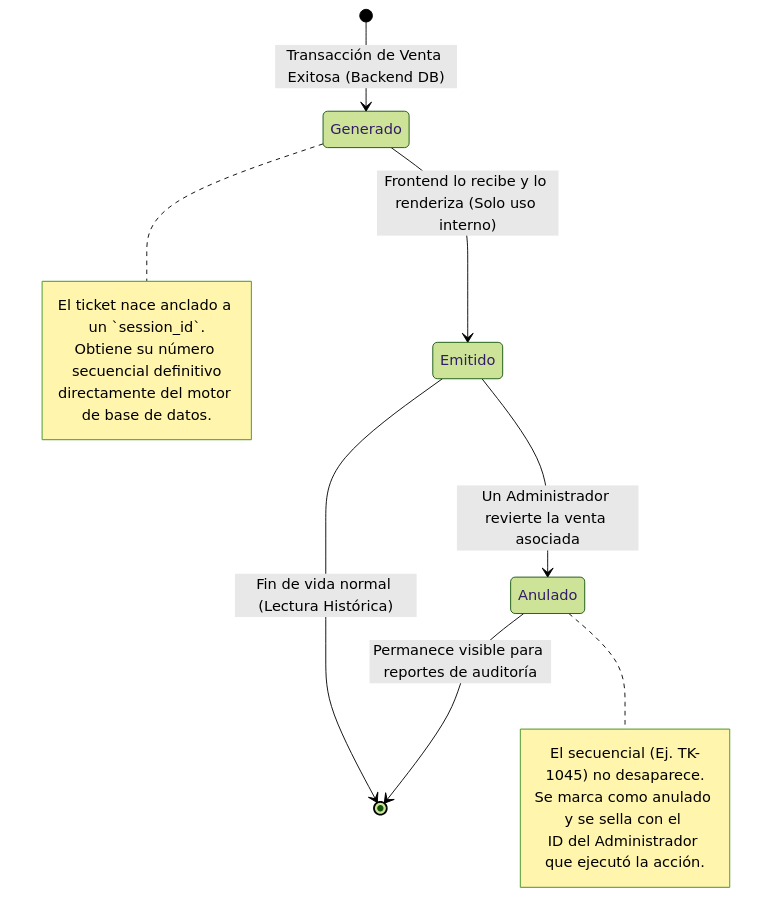
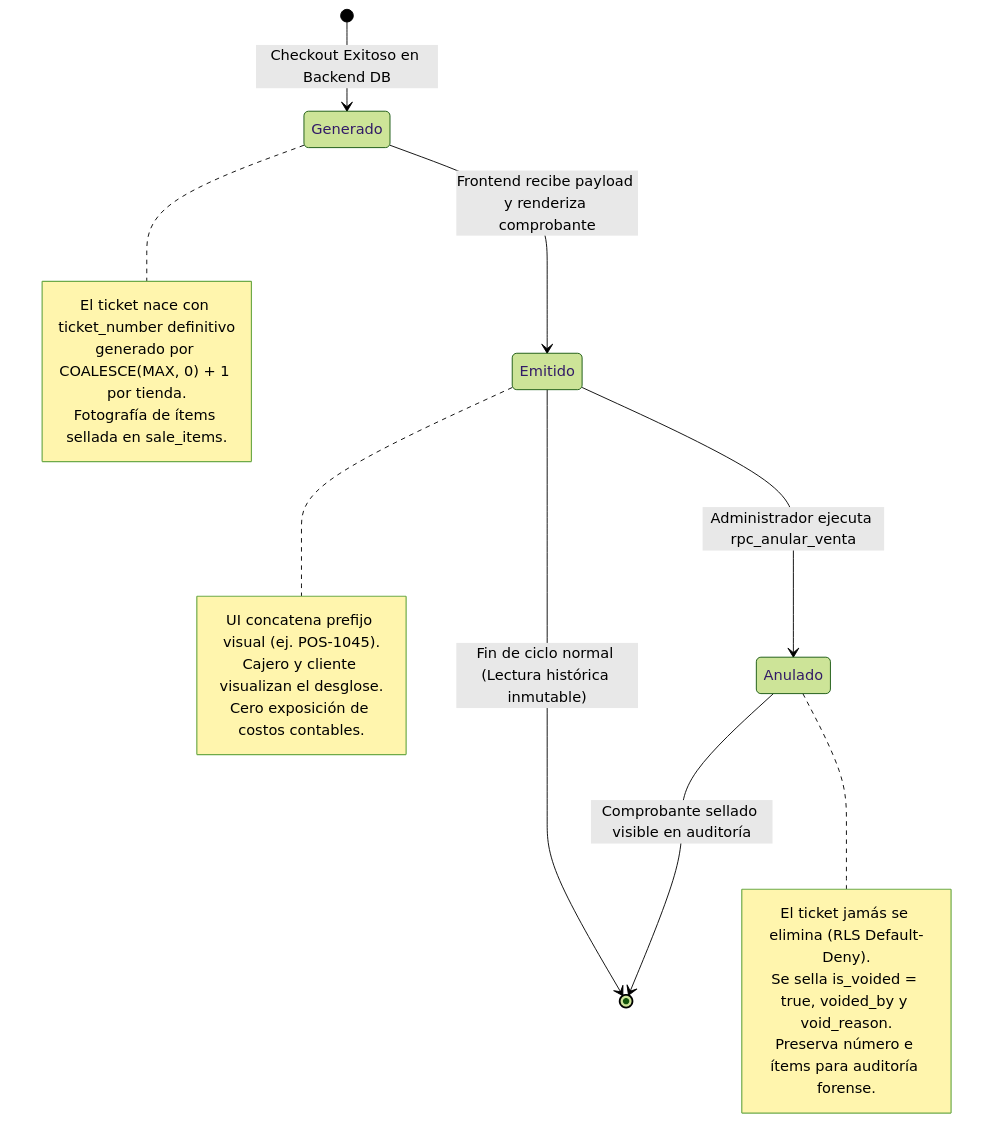
One commit to YamirJCF/tienda-barrio-pro changed the first of 5 diagrams in documentation/01_requirements/SDD/SDD_007_02_TICKET_DE_VENTA.md. Above: the diagram before and after it, drawn with Mermaid (forest theme). The commit also changed other lines of this file, not shown here.

Commit message:
docs(sdd): rectificar y sanitizar SDD-007-02 bajo protocolo PAC-SDD estricto con certificacion QA

````diff
--- a/documentation/01_requirements/SDD/SDD_007_02_TICKET_DE_VENTA.md
+++ b/documentation/01_requirements/SDD/SDD_007_02_TICKET_DE_VENTA.md
@@ -51,23 +77,30 @@
 ```mermaid
 stateDiagram-v2
-    [*] --> Generado: Transacción de Venta Exitosa (Backend DB)
+    [*] --> Generado: Checkout Exitoso en Backend DB
     
     note right of Generado
-        El ticket nace anclado a un `session_id`.
-        Obtiene su número secuencial definitivo
-        directamente del motor de base de datos.
+        El ticket nace con ticket_number definitivo
+        generado por COALESCE(MAX, 0) + 1 por tienda.
+        Fotografía de ítems sellada en sale_items.
     end note
     
-    Generado --> Emitido: Frontend lo recibe y lo renderiza (Solo uso interno)
-    Emitido --> [*]: Fin de vida normal (Lectura Histórica)
+    Generado --> Emitido: Frontend recibe payload y renderiza comprobante
     
-    Emitido --> Anulado: Un Administrador revierte la venta asociada
+    note right of Emitido
+        UI concatena prefijo visual (ej. POS-1045).
+        Cajero y cliente visualizan el desglose.
+        Cero exposición de costos contables.
+    end note
+    
+    Emitido --> [*]: Fin de ciclo normal (Lectura histórica inmutable)
+    
+    Emitido --> Anulado: Administrador ejecuta rpc_anular_venta
     
     note right of Anulado
-        El secuencial (Ej. TK-1045) no desaparece.
-        Se marca como anulado y se sella con el 
-        ID del Administrador que ejecutó la acción.
+        El ticket jamás se elimina (RLS Default-Deny).
+        Se sella is_voided = true, voided_by y void_reason.
+        Preserva número e ítems para auditoría forense.
     end note
     
-    Anulado --> [*]: Permanece visible para reportes de auditoría
+    Anulado --> [*]: Comprobante sellado visible en auditoría
 ```
````
